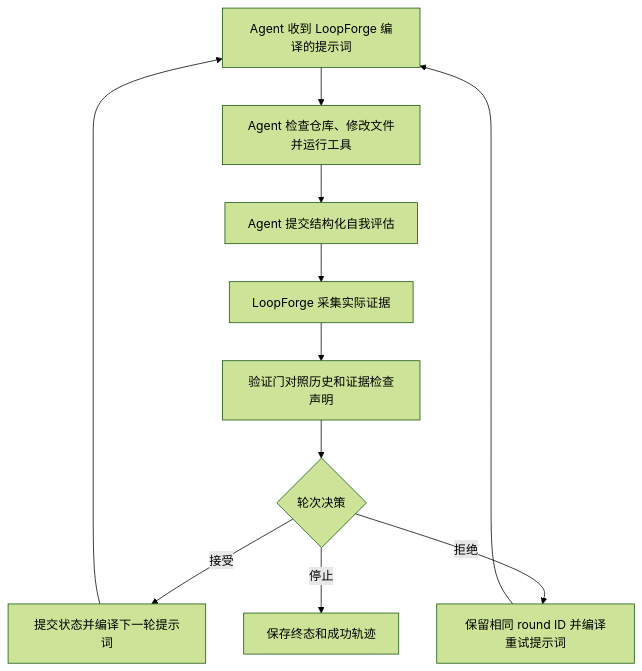
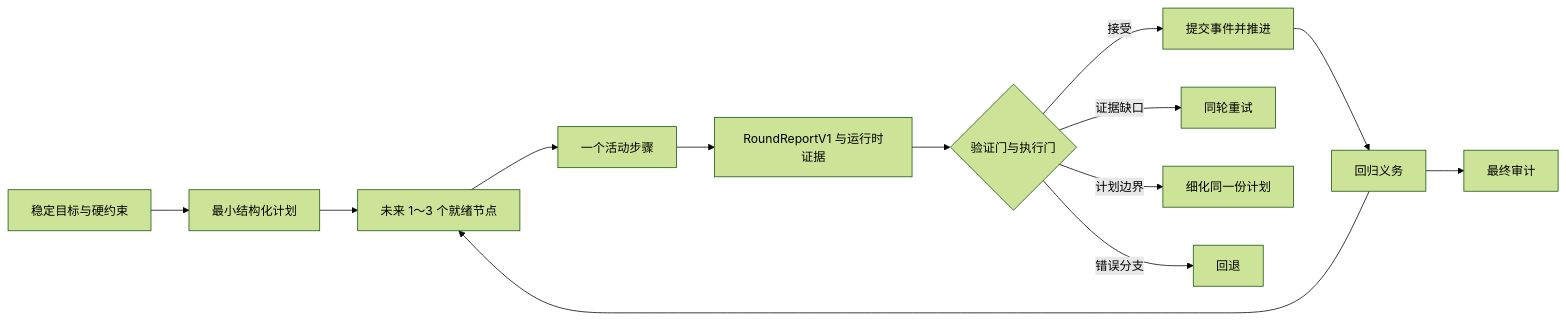
Before and after one commit to kyrielrving11/LoopForge: the diagram in README.zh-CN.md, drawn with Mermaid (forest theme). The commit also changed other lines of this file and 223 other files, not shown here.

````diff
--- a/README.zh-CN.md
+++ b/README.zh-CN.md
@@ -43,13 +30,15 @@
 ```mermaid
-flowchart TD
-    A["Agent 收到 LoopForge 编译的提示词"] --> B["Agent 检查仓库、修改文件并运行工具"]
-    B --> C["Agent 提交结构化自我评估"]
-    C --> D["LoopForge 采集实际证据"]
-    D --> E["验证门对照历史和证据检查声明"]
-    E --> F{"轮次决策"}
-    F -->|接受| G["提交状态并编译下一轮提示词"]
-    F -->|拒绝| H["保留相同 round ID 并编译重试提示词"]
-    F -->|停止| I["保存终态和成功轨迹"]
-    G --> A
-    H --> A
+flowchart LR
+    A["稳定目标与硬约束"] --> B["最小结构化计划"]
+    B --> C["未来 1～3 个就绪节点"]
+    C --> D["一个活动步骤"]
+    D --> E["RoundReportV1 与运行时证据"]
+    E --> F{"验证门与执行门"}
+    F -->|接受| G["提交事件并推进"]
+    F -->|证据缺口| H["同轮重试"]
+    F -->|计划边界| I["细化同一份计划"]
+    F -->|错误分支| J["回退"]
+    G --> K["回归义务"]
+    K --> C
+    K --> L["最终审计"]
 ```
````
